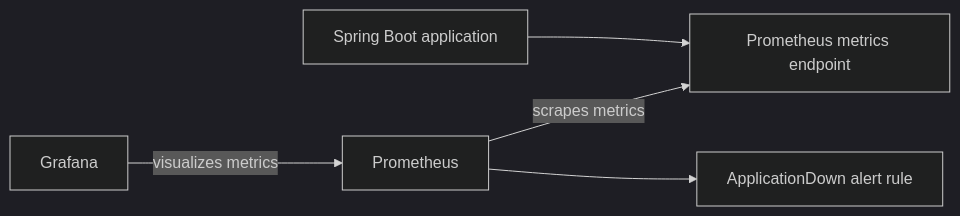
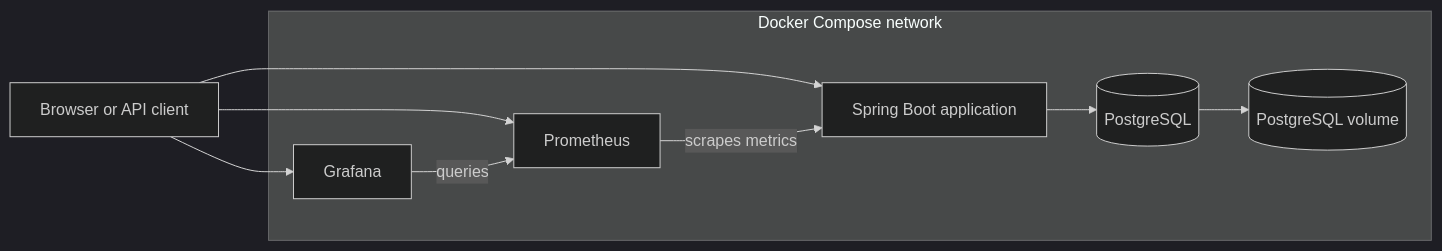
Before and after one commit to istvandezsi/java-cloud-platform-lab: the fourth of 9 diagrams in docs/architecture.md, drawn with Mermaid (dark theme). The commit also changed other lines of this file and 2 other files, not shown here.

Commit message:
Add final architecture and operations documentation

````diff
--- a/docs/architecture.md
+++ b/docs/architecture.md
@@ -90,7 +141,21 @@
 ```mermaid
 flowchart LR
-    App[Spring Boot application] --> Metrics[Prometheus metrics endpoint]
-    Prometheus[Prometheus] -->|scrapes metrics| Metrics
-    Prometheus --> AlertRule[ApplicationDown alert rule]
-    Grafana[Grafana] -->|visualizes metrics| Prometheus
+    User[Browser or API client]
+
+    subgraph Compose[Docker Compose network]
+        Application[Spring Boot application]
+        PostgreSQL[(PostgreSQL)]
+        Prometheus[Prometheus]
+        Grafana[Grafana]
+        Volume[(PostgreSQL volume)]
+    end
+
+    User --> Application
+    User --> Prometheus
+    User --> Grafana
+
+    Application --> PostgreSQL
+    PostgreSQL --> Volume
+    Prometheus -->|scrapes metrics| Application
+    Grafana -->|queries| Prometheus
 ```
````
